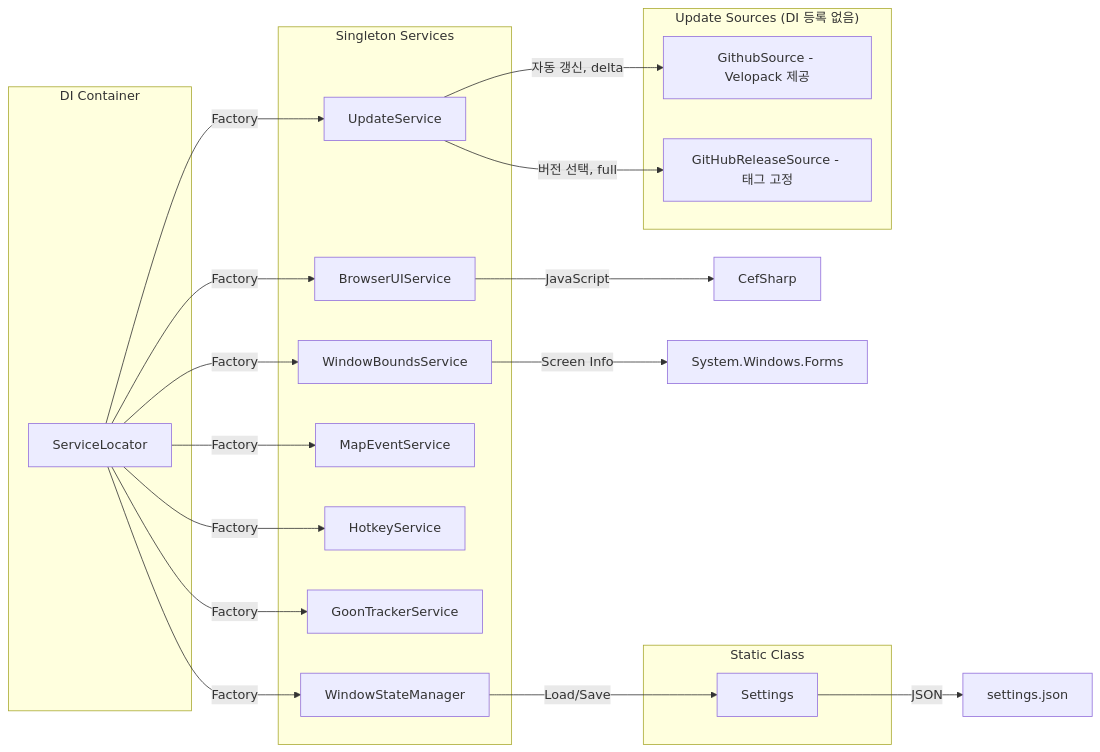
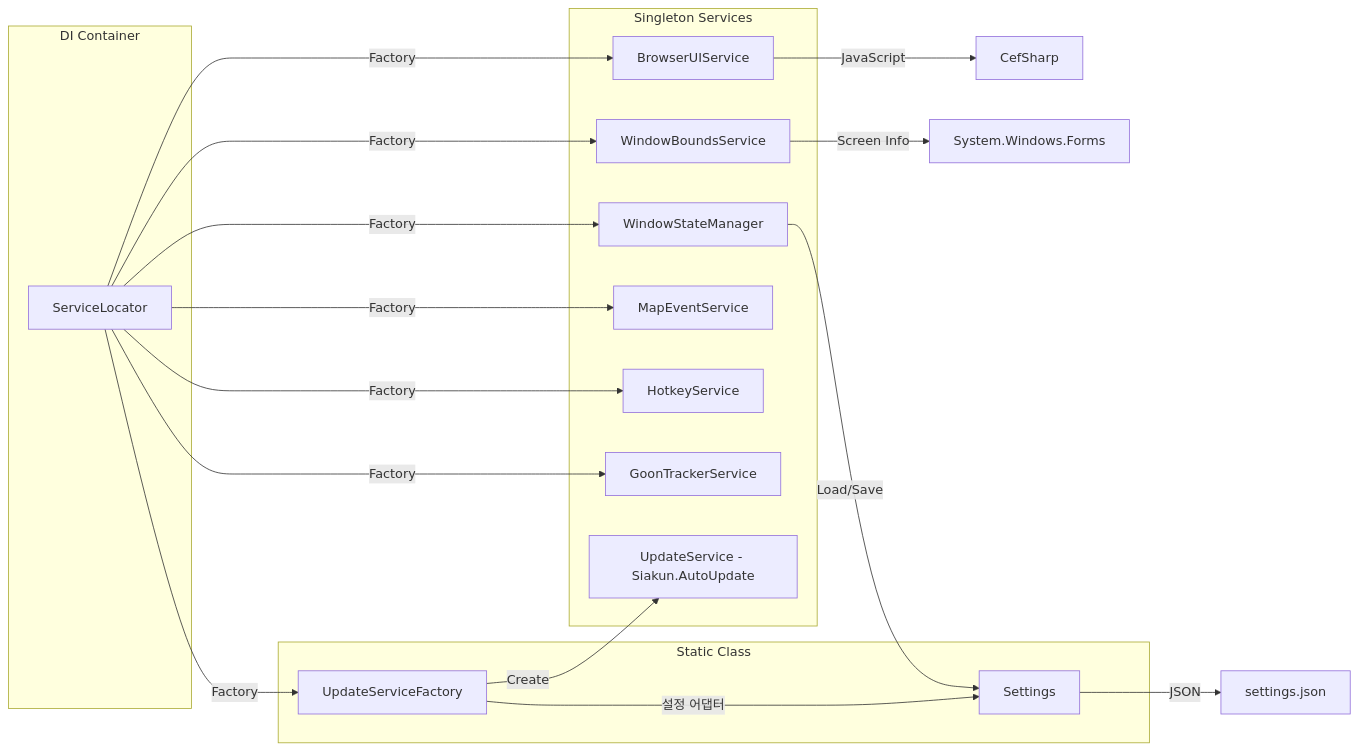
Before and after one commit to siakun/TanukiTarkovMap: the sixth of 8 diagrams in PROJECT.md, drawn with Mermaid. The commit also changed other lines of this file and 10 other files, not shown here.

Commit message:
refactor: 업데이트 코드를 Siakun.AutoUpdate 패키지로 교체

````diff
--- a/PROJECT.md
+++ b/PROJECT.md
@@ -224,41 +224,36 @@
 ```mermaid
 graph LR
     subgraph DI["DI Container"]
         SL[ServiceLocator]
     end
 
     subgraph Services["Singleton Services"]
         BUI[BrowserUIService]
         WBS[WindowBoundsService]
         WSM[WindowStateManager]
         MES[MapEventService]
         HKS[HotkeyService]
         GTS[GoonTrackerService]
-        UPS[UpdateService]
+        UPS[UpdateService - Siakun.AutoUpdate]
     end
 
     subgraph Static["Static Class"]
         SET[Settings]
-    end
-
-    subgraph UpdateSources["Update Sources (DI 등록 없음)"]
-        GHS[GithubSource - Velopack 제공]
-        GRS[GitHubReleaseSource - 태그 고정]
+        USF[UpdateServiceFactory]
     end
 
     SL -->|Factory| BUI
     SL -->|Factory| WBS
     SL -->|Factory| WSM
     SL -->|Factory| MES
     SL -->|Factory| HKS
     SL -->|Factory| GTS
-    SL -->|Factory| UPS
-
-    UPS -->|자동 갱신, delta| GHS
-    UPS -->|버전 선택, full| GRS
+    SL -->|Factory| USF
+    USF -->|Create| UPS
+    USF -->|설정 어댑터| SET
 
     WSM -->|Load/Save| SET
     SET -->|JSON| FILE[settings.json]
     BUI -->|JavaScript| CEF[CefSharp]
     WBS -->|Screen Info| WIN[System.Windows.Forms]
 ```
````
